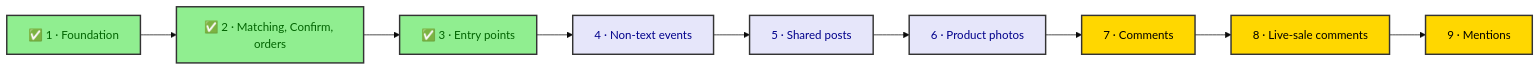
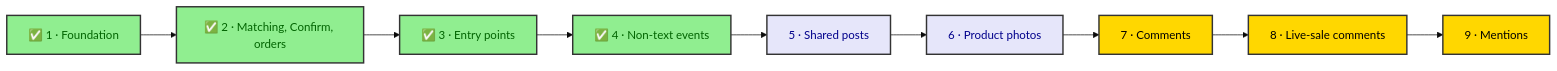
One commit to nabil404/project-alpha changed the diagram in docs/features/11-ai-implementation/progress.md. Above: the diagram before and after it, drawn with Mermaid (base theme). The commit also changed other lines of this file and 43 other files, not shown here.

First line of the commit message:
feat: handle stickers, reactions, edits and other non-text events

````diff
--- a/docs/features/11-ai-implementation/progress.md
+++ b/docs/features/11-ai-implementation/progress.md
@@ -26,15 +26,15 @@
 ```mermaid
 flowchart LR
     p1["✅ 1 · Foundation"]:::built --> p2["✅ 2 · Matching, Confirm, orders"]:::built
     p2 --> p3["✅ 3 · Entry points"]:::built
-    p3 --> p4["4 · Non-text events"]:::todo
+    p3 --> p4["✅ 4 · Non-text events"]:::built
     p4 --> p5["5 · Shared posts"]:::todo
     p5 --> p6["6 · Product photos"]:::todo
     p6 --> p7["7 · Comments"]:::cut
     p7 --> p8["8 · Live-sale comments"]:::cut
     p8 --> p9["9 · Mentions"]:::cut
 
     classDef built fill:#90EE90,stroke:#333,stroke-width:2px,color:#006400
     classDef todo  fill:#E6E6FA,stroke:#333,stroke-width:2px,color:#00008B
     classDef cut   fill:#FFD700,stroke:#333,stroke-width:2px,color:#000
 ```
````
